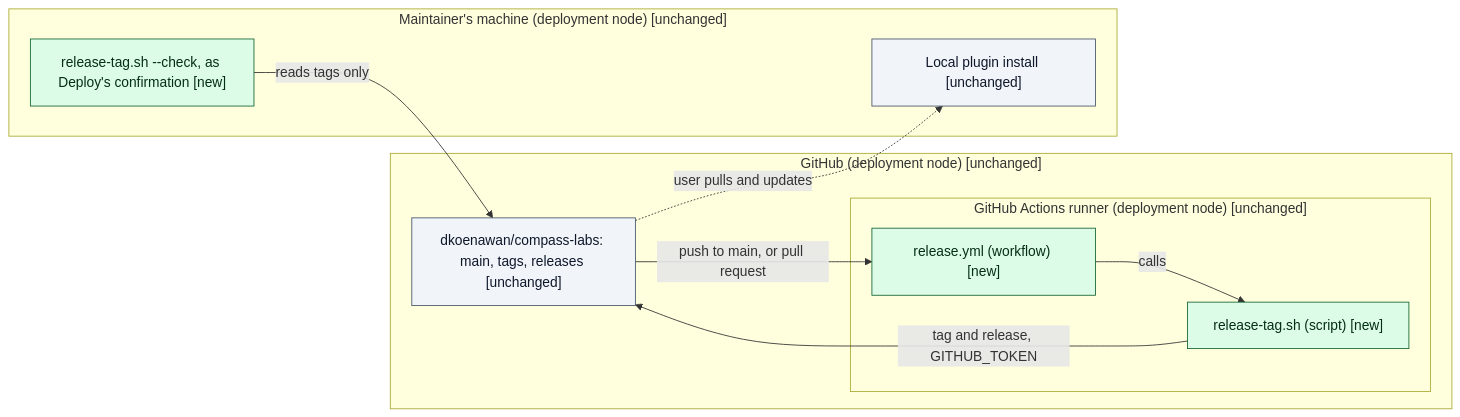
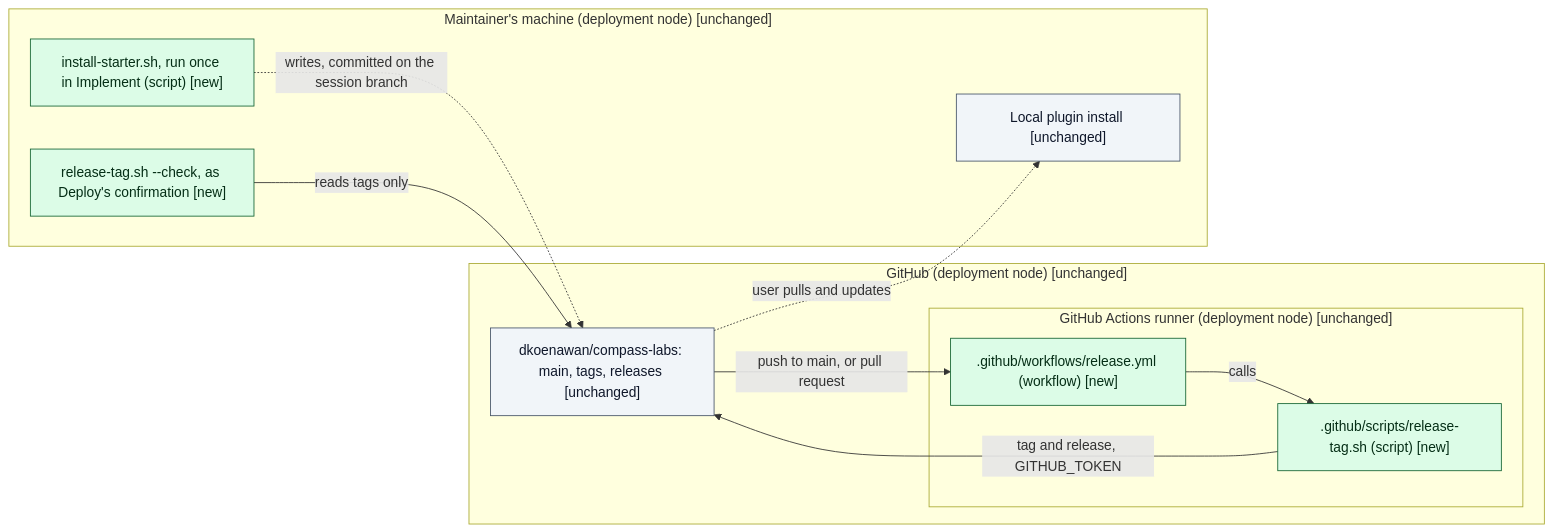
The fifth of 5 diagrams in docs/sessions/2026-10-24-deploy-phase-depth/design/index.md (dkoenawan/compass-labs), drawn with Mermaid before and after one commit. The commit also changed other lines of this file and 1 other file, not shown here.

````diff
--- a/docs/sessions/2026-10-24-deploy-phase-depth/design/index.md
+++ b/docs/sessions/2026-10-24-deploy-phase-depth/design/index.md
@@ -145,23 +196,25 @@
 ```mermaid
 flowchart LR
   classDef new fill:#DCFCE7,stroke:#166534,color:#052E16
   classDef changed fill:#FEF3C7,stroke:#92400E,color:#451A03
   classDef deprecated fill:#FEE2E2,stroke:#991B1B,color:#450A0A,stroke-dasharray:4 3
   classDef unchanged fill:#F1F5F9,stroke:#475569,color:#0F172A
   subgraph GH["GitHub (deployment node) [unchanged]"]
     REPO["dkoenawan/compass-labs: main, tags, releases [unchanged]"]:::unchanged
     subgraph RUNNER["GitHub Actions runner (deployment node) [unchanged]"]
-      WF["release.yml (workflow) [new]"]:::new
-      SCRIPT["release-tag.sh (script) [new]"]:::new
+      WF[".github/workflows/release.yml (workflow) [new]"]:::new
+      SCRIPT[".github/scripts/release-tag.sh (script) [new]"]:::new
     end
   end
   subgraph LOCAL["Maintainer's machine (deployment node) [unchanged]"]
+    INST["install-starter.sh, run once in Implement (script) [new]"]:::new
     SCRIPT2["release-tag.sh --check, as Deploy's confirmation [new]"]:::new
     CACHE["Local plugin install [unchanged]"]:::unchanged
   end
+  INST -.->|"writes, committed on the session branch"| REPO
   REPO -->|"push to main, or pull request"| WF
   WF -->|"calls"| SCRIPT
   SCRIPT -->|"tag and release, GITHUB_TOKEN"| REPO
   SCRIPT2 -->|"reads tags only"| REPO
   REPO -.->|"user pulls and updates"| CACHE
 ```
````
